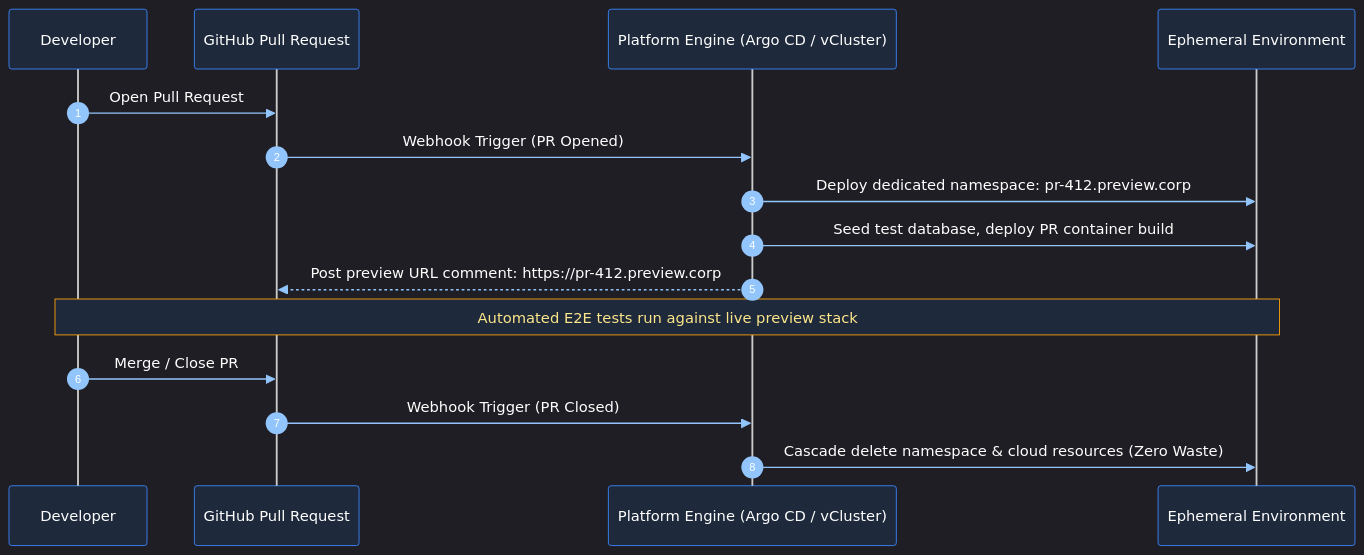
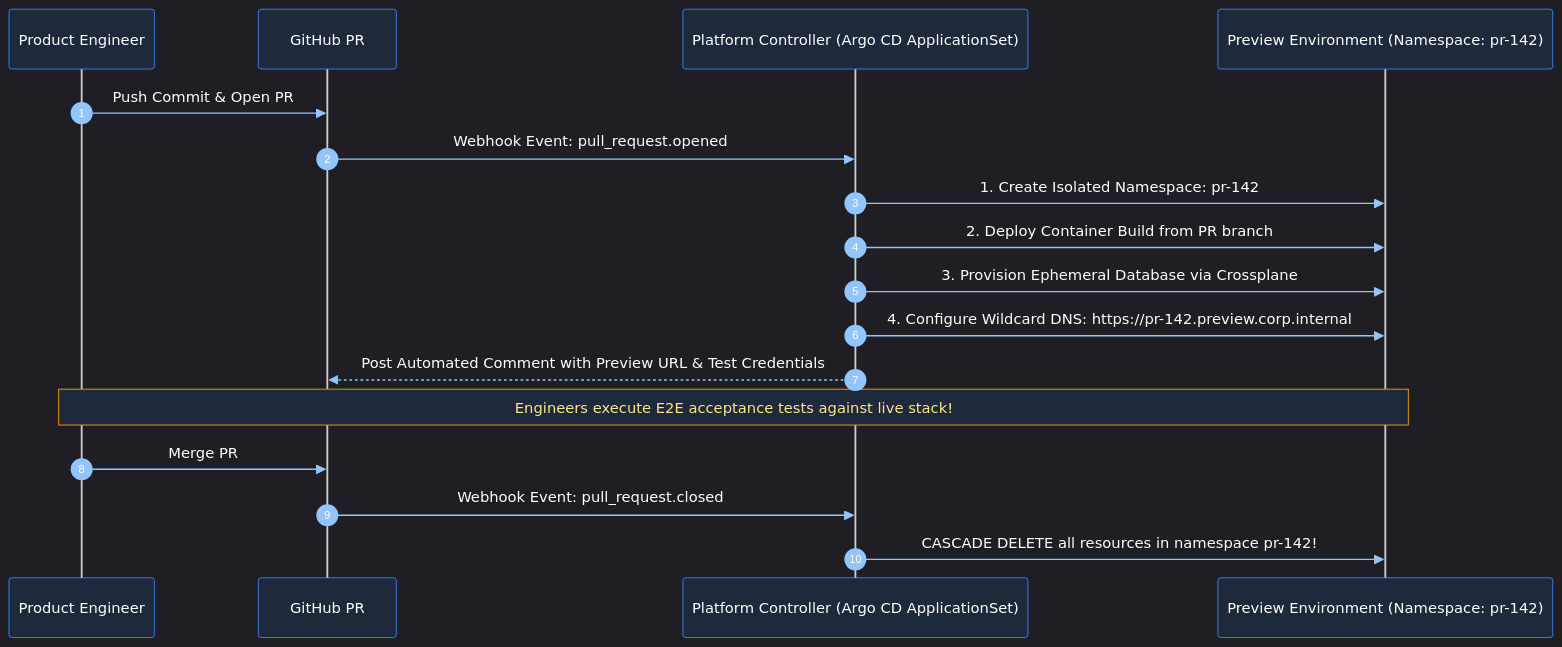
One commit to joydeep-biswas/Interview-Preparation changed the tenth of 10 diagrams in Cloud Engineering/14_platform_engineering_and_developer_experience.md. Above: the diagram before and after it, drawn with Mermaid. The commit also changed other lines of this file and 143 other files, not shown here.

````diff
--- a/Cloud Engineering/14_platform_engineering_and_developer_experience.md
+++ b/Cloud Engineering/14_platform_engineering_and_developer_experience.md
@@ -337,19 +689,21 @@
 ```mermaid
 %%{init: {'theme': 'dark', 'themeVariables': { 'actorBkg': '#1e293b', 'actorBorder': '#3b82f6', 'actorTextColor': '#ffffff', 'signalColor': '#93c5fd', 'signalTextColor': '#ffffff', 'noteBkgColor': '#1e293b', 'noteBorderColor': '#f59e0b', 'noteTextColor': '#fde68a', 'activationBkgColor': '#3b82f6', 'sequenceNumberColor': '#ffffff' }}}%%
 sequenceDiagram
     autonumber
-    participant Dev as Developer
-    participant Git as GitHub Pull Request
-    participant Platform as Platform Engine (Argo CD / vCluster)
-    participant Preview as Ephemeral Environment
+    participant Dev as Product Engineer
+    participant Git as GitHub PR #142
+    participant Platform as Platform Controller (Argo CD ApplicationSet)
+    participant Preview as Preview Environment (Namespace: pr-142)
 
-    Dev->>Git: Open Pull Request #412
-    Git->>Platform: Webhook Trigger (PR Opened)
-    Platform->>Preview: Deploy dedicated namespace: pr-412.preview.corp
-    Platform->>Preview: Seed test database, deploy PR container build
-    Platform-->>Git: Post preview URL comment: https://pr-412.preview.corp
-    Note over Dev,Preview: Automated E2E tests run against live preview stack
-    Dev->>Git: Merge / Close PR #412
-    Git->>Platform: Webhook Trigger (PR Closed)
-    Platform->>Preview: Cascade delete namespace & cloud resources (Zero Waste)
+    Dev->>Git: Push Commit & Open PR #142
+    Git->>Platform: Webhook Event: pull_request.opened
+    Platform->>Preview: 1. Create Isolated Namespace: pr-142
+    Platform->>Preview: 2. Deploy Container Build from PR branch
+    Platform->>Preview: 3. Provision Ephemeral Database via Crossplane
+    Platform->>Preview: 4. Configure Wildcard DNS: https://pr-142.preview.corp.internal
+    Platform-->>Git: Post Automated Comment with Preview URL & Test Credentials
+    Note over Dev,Preview: Engineers execute E2E acceptance tests against live stack!
+    Dev->>Git: Merge PR #142 into main
+    Git->>Platform: Webhook Event: pull_request.closed
+    Platform->>Preview: CASCADE DELETE all resources in namespace pr-142!
 ```
````
